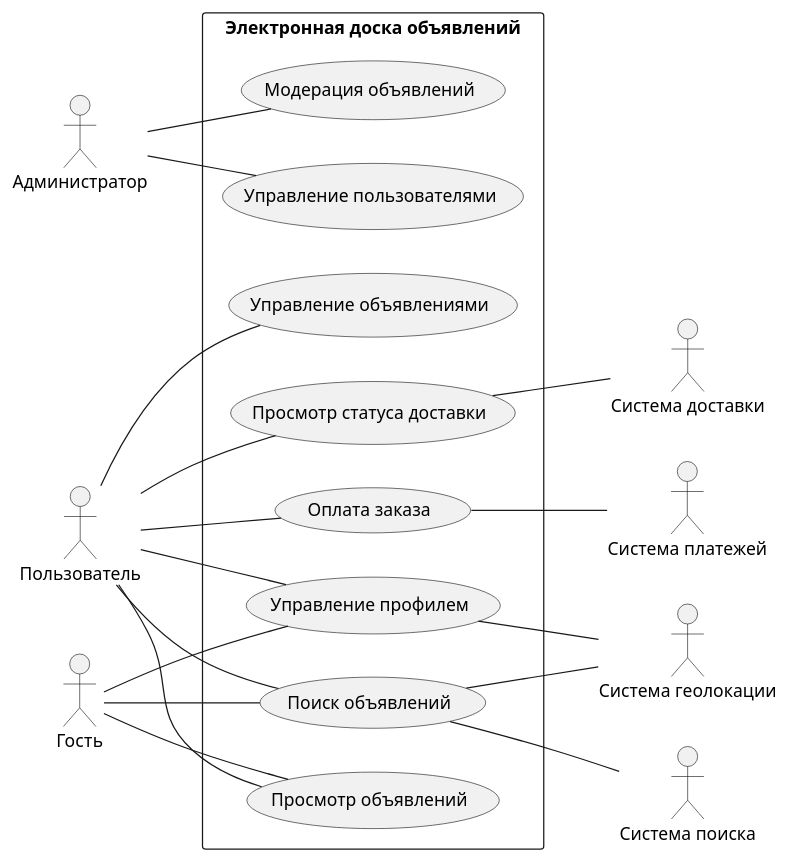
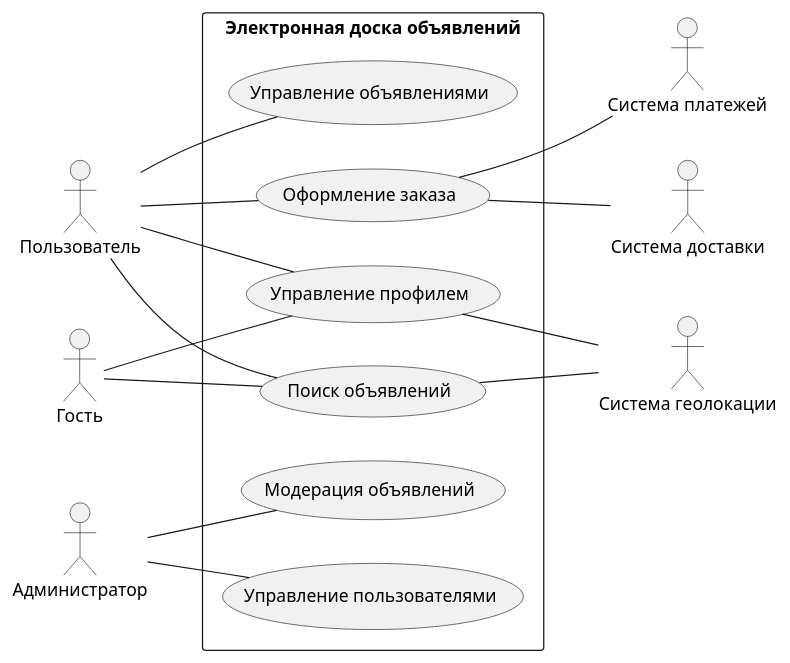
The diagram in Диаграмма прецедентов.md (penamarth/bsbo-02-23_team3_var13_messboard), drawn with PlantUML before and after one commit.

Commit message:
Update Диаграмма прецедентов.md

````diff
--- a/Диаграмма прецедентов.md
+++ b/Диаграмма прецедентов.md
@@ -1,37 +1,32 @@
 ```plantuml
 @startuml
 skinparam packageStyle rect
 left to right direction
 
 :Пользователь:
 :Администратор:
 :Гость:
 :Система доставки:
 :Система платежей:
-:Система поиска:
 :Система геолокации:
 
 package "Электронная доска объявлений" {
 
-:Гость: -- (Просмотр объявлений)
 :Гость: -- (Поиск объявлений)
 :Гость: -- (Управление профилем)
 
-:Пользователь: -- (Просмотр объявлений)
 :Пользователь: -- (Поиск объявлений)
-:Пользователь: -- (Просмотр статуса доставки)
-:Пользователь: -- (Оплата заказа)
+:Пользователь: -- (Оформление заказа)
 :Пользователь: -- (Управление профилем)
 :Пользователь: -- (Управление объявлениями)
 
 :Администратор: -- (Модерация объявлений)
 :Администратор: -- (Управление пользователями)
 
-(Оплата заказа) -- :Система платежей: 
-(Поиск объявлений) -- :Система поиска:
+(Оформление заказа) -- :Система платежей: 
+(Оформление заказа) -- :Система доставки:
 (Поиск объявлений) -- :Система геолокации:
 (Управление профилем) -- :Система геолокации:
-(Просмотр статуса доставки) -- :Система доставки:
 }
 @enduml
 ```
````
